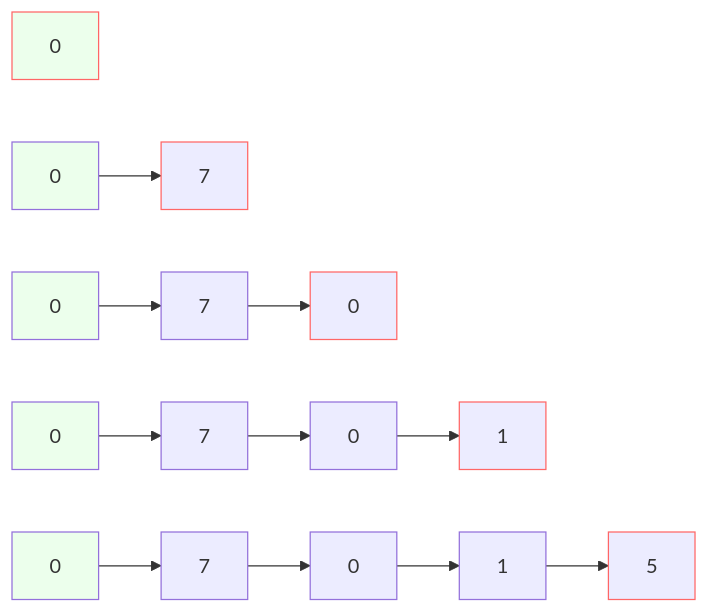
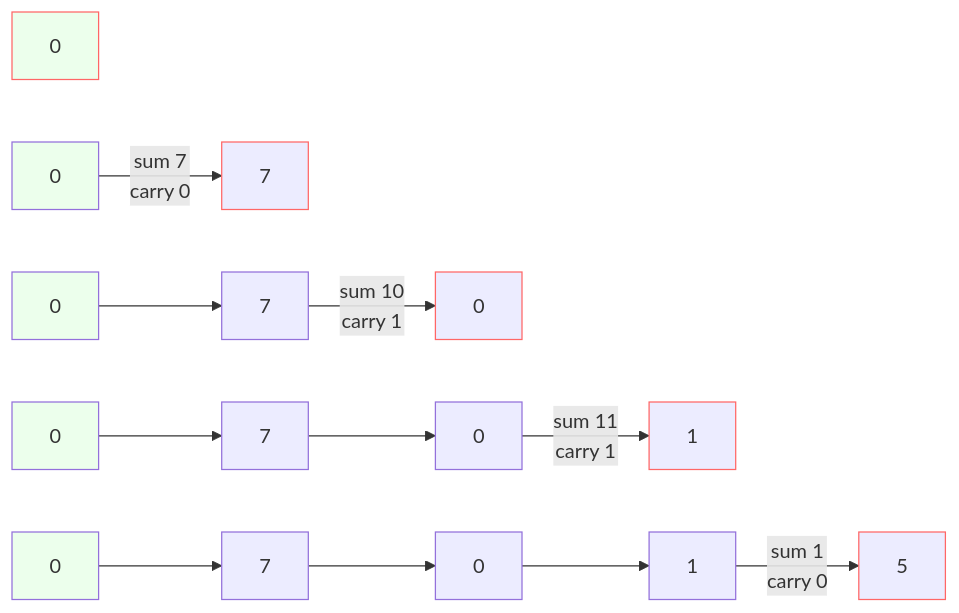
Before and after one commit to ianchen0419/cpp-leetcode: the third of 3 diagrams in linked-list.md, drawn with Mermaid. The commit also changed other lines of this file, not shown here.

````diff
--- a/linked-list.md
+++ b/linked-list.md
@@ -167,14 +167,14 @@
 ```mermaid
 flowchart LR
     c1r1[0]:::dummyTail
-    c1r2[0]:::dummy-->c2r2[7]:::tail
-    c1r3[0]:::dummy-->c2r3[7]-->c3r3[0]:::tail
-    c1r4[0]:::dummy-->c2r4[7]-->c3r4[0]-->c4r4[1]:::tail
-    c1r5[0]:::dummy-->c2r5[7]-->c3r5[0]-->c4r5[1]-->c5r5[5]:::tail
+    c1r2[0]:::dummy-- sum 7\ncarry 0-->c2r2[7]:::tail
+    c1r3[0]:::dummy-->c2r3[7]-- sum 10\ncarry 1 -->c3r3[0]:::tail
+    c1r4[0]:::dummy-->c2r4[7]-->c3r4[0]-- sum 11\ncarry 1 -->c4r4[1]:::tail
+    c1r5[0]:::dummy-->c2r5[7]-->c3r5[0]-->c4r5[1]-- sum 1\ncarry 0 -->c5r5[5]:::tail
 
+    
     classDef orange fill:#f96
     classDef dummyTail fill:#ecffec,stroke:#f66
     classDef dummy fill:#ecffec
     classDef tail stroke:#f66
-    classDef green fill:#ecffec
 ```
````
